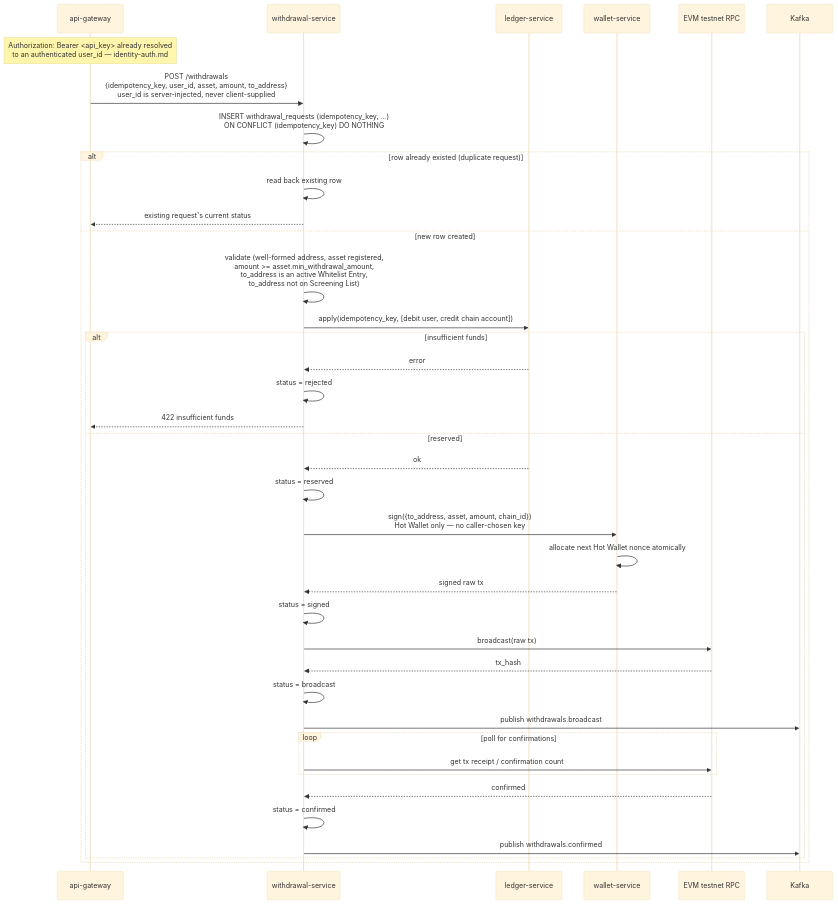
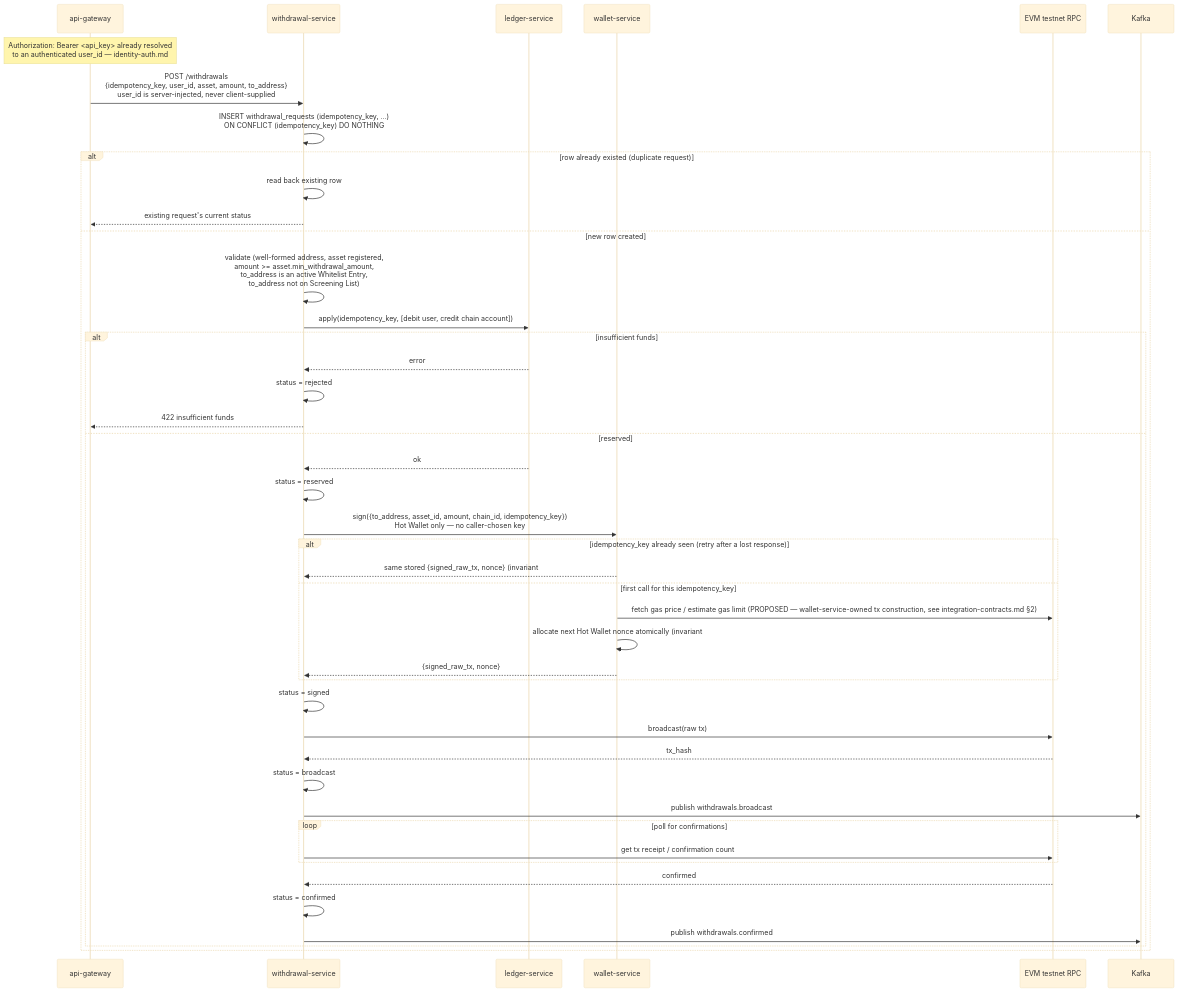
The first of 3 diagrams in docs/design/withdrawal-flow.md (VuKhuongDuy/DigiWal), drawn with Mermaid (base theme) before and after one commit. The commit also changed other lines of this file and 5 other files, not shown here.

````diff
--- a/docs/design/withdrawal-flow.md
+++ b/docs/design/withdrawal-flow.md
@@ -230,42 +294,47 @@
 ```mermaid
 sequenceDiagram
     participant Gateway as api-gateway
     participant WD as withdrawal-service
     participant Ledger as ledger-service
     participant Wallet as wallet-service
     participant RPC as EVM testnet RPC
     participant Kafka
 
     Note over Gateway: Authorization: Bearer <api_key> already resolved<br/>to an authenticated user_id — identity-auth.md
     Gateway->>WD: POST /withdrawals<br/>{idempotency_key, user_id, asset, amount, to_address}<br/>user_id is server-injected, never client-supplied
     WD->>WD: INSERT withdrawal_requests (idempotency_key, ...)<br/>ON CONFLICT (idempotency_key) DO NOTHING
     alt row already existed (duplicate request)
         WD->>WD: read back existing row
         WD-->>Gateway: existing request's current status
     else new row created
         WD->>WD: validate (well-formed address, asset registered,<br/>amount >= asset.min_withdrawal_amount,<br/>to_address is an active Whitelist Entry,<br/>to_address not on Screening List)
         WD->>Ledger: apply(idempotency_key, [debit user, credit chain account])
         alt insufficient funds
             Ledger-->>WD: error
             WD->>WD: status = rejected
             WD-->>Gateway: 422 insufficient funds
         else reserved
             Ledger-->>WD: ok
             WD->>WD: status = reserved
-            WD->>Wallet: sign({to_address, asset, amount, chain_id})<br/>Hot Wallet only — no caller-chosen key
-            Wallet->>Wallet: allocate next Hot Wallet nonce atomically
-            Wallet-->>WD: signed raw tx
+            WD->>Wallet: sign({to_address, asset_id, amount, chain_id, idempotency_key})<br/>Hot Wallet only — no caller-chosen key
+            alt idempotency_key already seen (retry after a lost response)
+                Wallet-->>WD: same stored {signed_raw_tx, nonce} (invariant #16) — no new nonce allocated
+            else first call for this idempotency_key
+                Wallet->>RPC: fetch gas price / estimate gas limit (PROPOSED — wallet-service-owned tx construction, see integration-contracts.md §2)
+                Wallet->>Wallet: allocate next Hot Wallet nonce atomically (invariant #6)<br/>persist (idempotency_key -> nonce, signed_raw_tx) (invariant #16)
+                Wallet-->>WD: {signed_raw_tx, nonce}
+            end
             WD->>WD: status = signed
             WD->>RPC: broadcast(raw tx)
             RPC-->>WD: tx_hash
             WD->>WD: status = broadcast
             WD->>Kafka: publish withdrawals.broadcast
             loop poll for confirmations
                 WD->>RPC: get tx receipt / confirmation count
             end
             RPC-->>WD: confirmed
             WD->>WD: status = confirmed
             WD->>Kafka: publish withdrawals.confirmed
         end
     end
 ```
````
